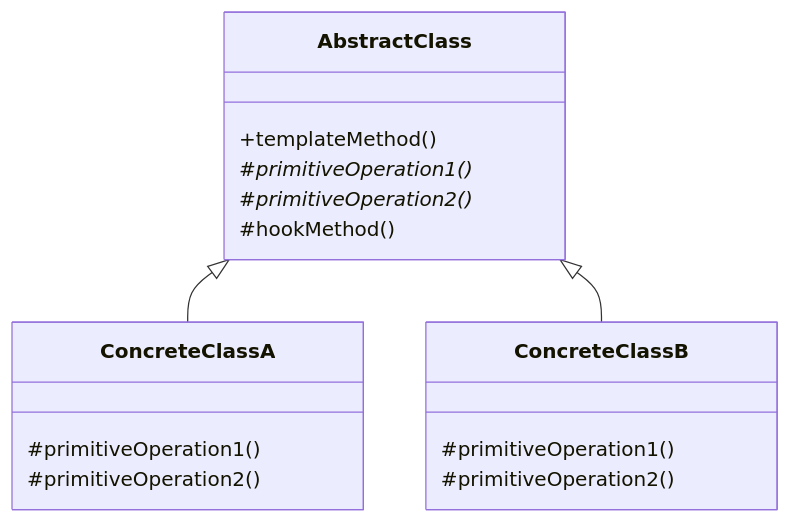
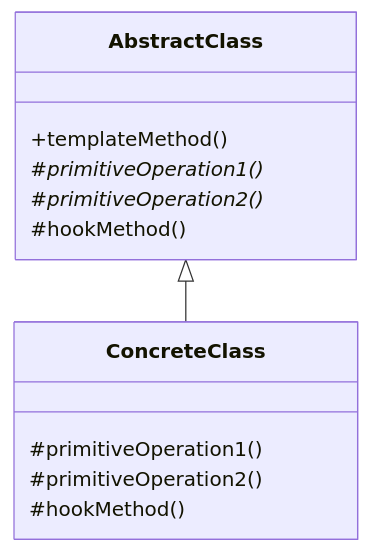
The third of 3 diagrams in OO2/Teoria/Resumenes/Clase3.md (auwus21/Facultad-Informatica-UNLP), drawn with Mermaid before and after one commit. The commit also changed other lines of this file and 34 other files, not shown here.

````diff
--- a/OO2/Teoria/Resumenes/Clase3.md
+++ b/OO2/Teoria/Resumenes/Clase3.md
@@ -314,20 +167,16 @@
 ```mermaid
 classDiagram
     class AbstractClass {
         +templateMethod()
         #primitiveOperation1()*
         #primitiveOperation2()*
         #hookMethod()
     }
-    class ConcreteClassA {
+    class ConcreteClass {
         #primitiveOperation1()
         #primitiveOperation2()
-    }
-    class ConcreteClassB {
-        #primitiveOperation1()
-        #primitiveOperation2()
+        #hookMethod()
     }
 
-    AbstractClass <|-- ConcreteClassA
-    AbstractClass <|-- ConcreteClassB
+    AbstractClass <|-- ConcreteClass
 ```
````
